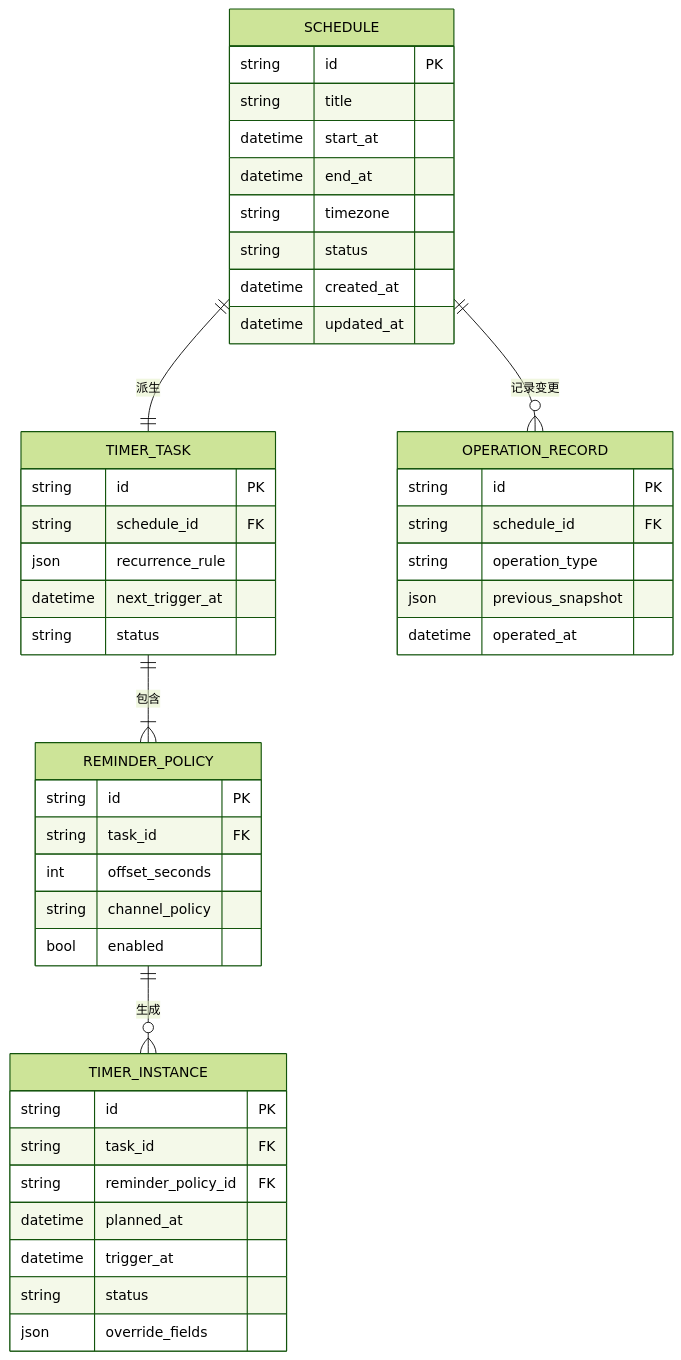
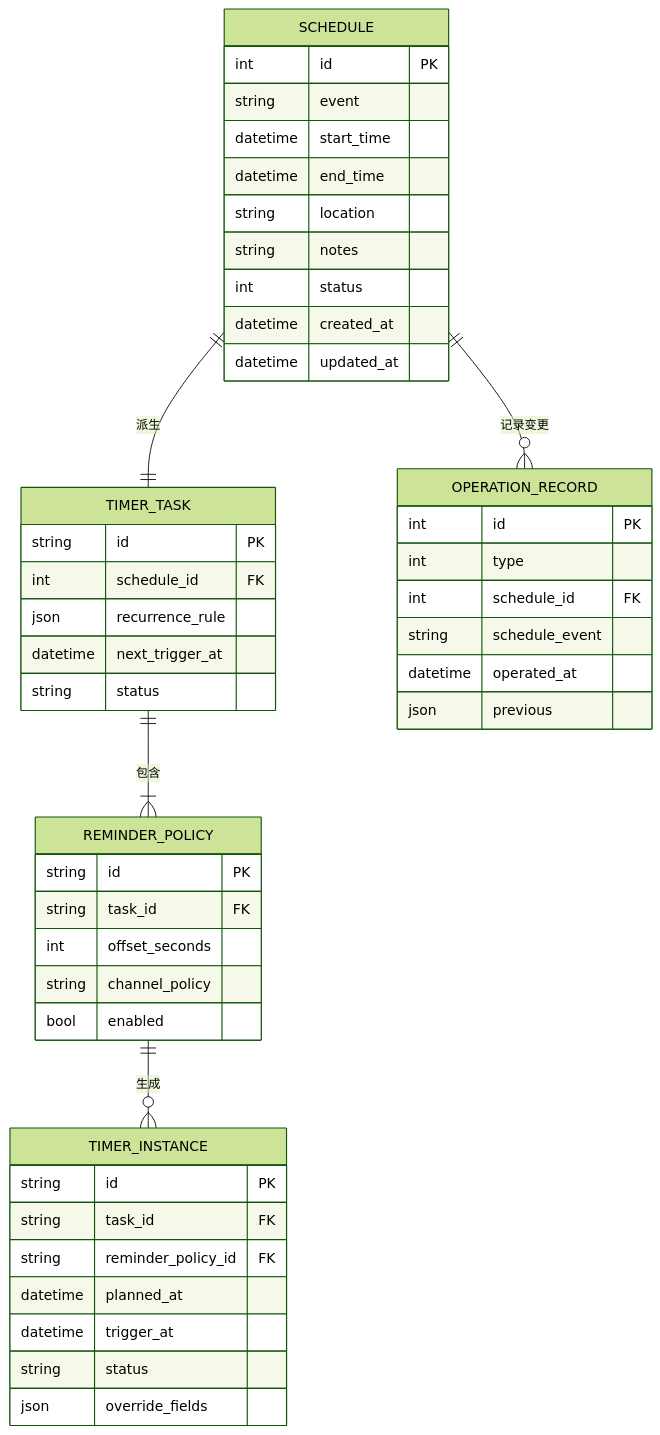
Before and after one commit to 1024XEngineer/VoiceLife: the first of 4 diagrams in docs/整体架构设计.md, drawn with Mermaid (forest theme). The commit also changed other lines of this file, not shown here.

Commit message:
Align data model
- Convert scheduleId/operationRecordId to integers;
  taskId/instanceId/deliveryId remain opaque strings
- Rename SCHEDULE fields (title→event, start_at→start_time, etc.) and
  add notes field
- Simplify OPERATION_RECORD schema and add transactional constraint for
  Schedule-OperationRecord consistency
- Update architecture documentation accordingly

````diff
--- a/docs/整体架构设计.md
+++ b/docs/整体架构设计.md
@@ -137,53 +137,55 @@
 ```mermaid
 erDiagram
   SCHEDULE ||--|| TIMER_TASK : "派生"
   TIMER_TASK ||--|{ REMINDER_POLICY : "包含"
   REMINDER_POLICY ||--o{ TIMER_INSTANCE : "生成"
   SCHEDULE ||--o{ OPERATION_RECORD : "记录变更"
 
   SCHEDULE {
-    string id PK
-    string title
-    datetime start_at
-    datetime end_at
-    string timezone
-    string status
+    int id PK
+    string event
+    datetime start_time
+    datetime end_time
+    string location
+    string notes
+    int status
     datetime created_at
     datetime updated_at
   }
 
   TIMER_TASK {
     string id PK
-    string schedule_id FK
+    int schedule_id FK
     json recurrence_rule
     datetime next_trigger_at
     string status
   }
 
   REMINDER_POLICY {
     string id PK
     string task_id FK
     int offset_seconds
     string channel_policy
     bool enabled
   }
 
   TIMER_INSTANCE {
     string id PK
     string task_id FK
     string reminder_policy_id FK
     datetime planned_at
     datetime trigger_at
     string status
     json override_fields
   }
 
   OPERATION_RECORD {
-    string id PK
-    string schedule_id FK
-    string operation_type
-    json previous_snapshot
+    int id PK
+    int type
+    int schedule_id FK
+    string schedule_event
     datetime operated_at
+    json previous
   }
 
 ```
````
